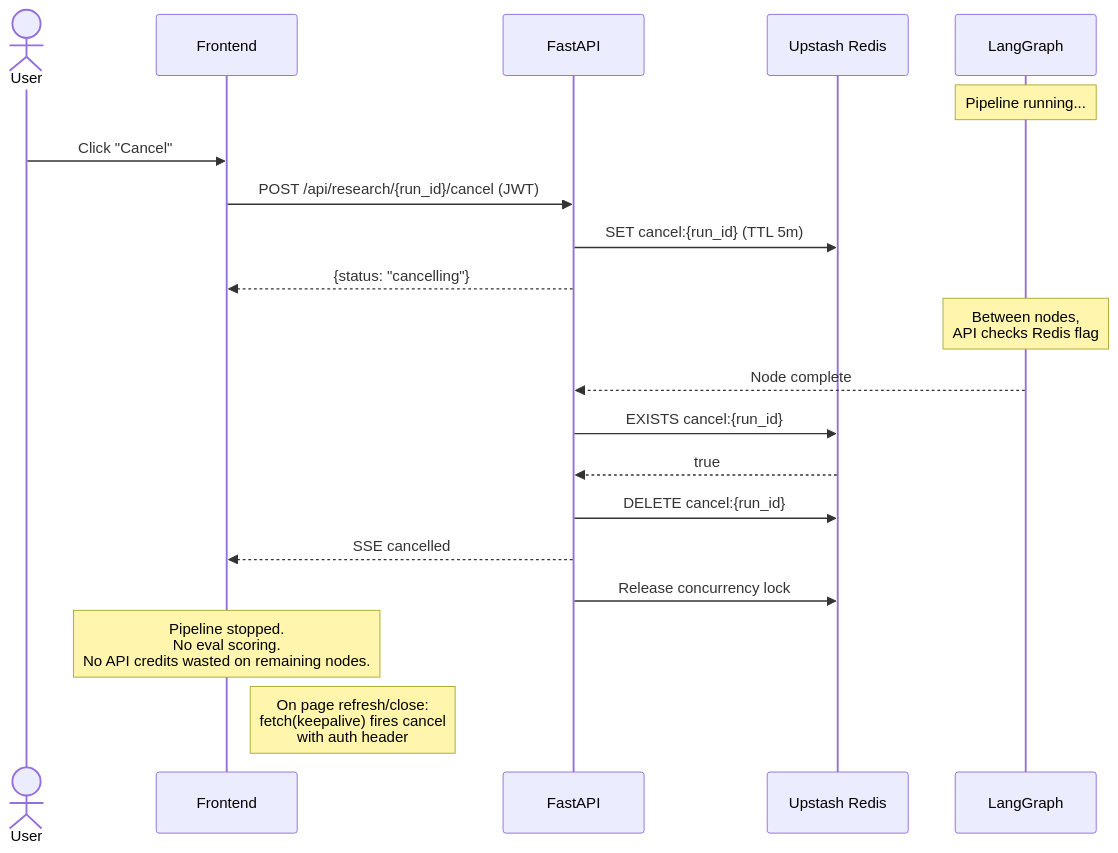
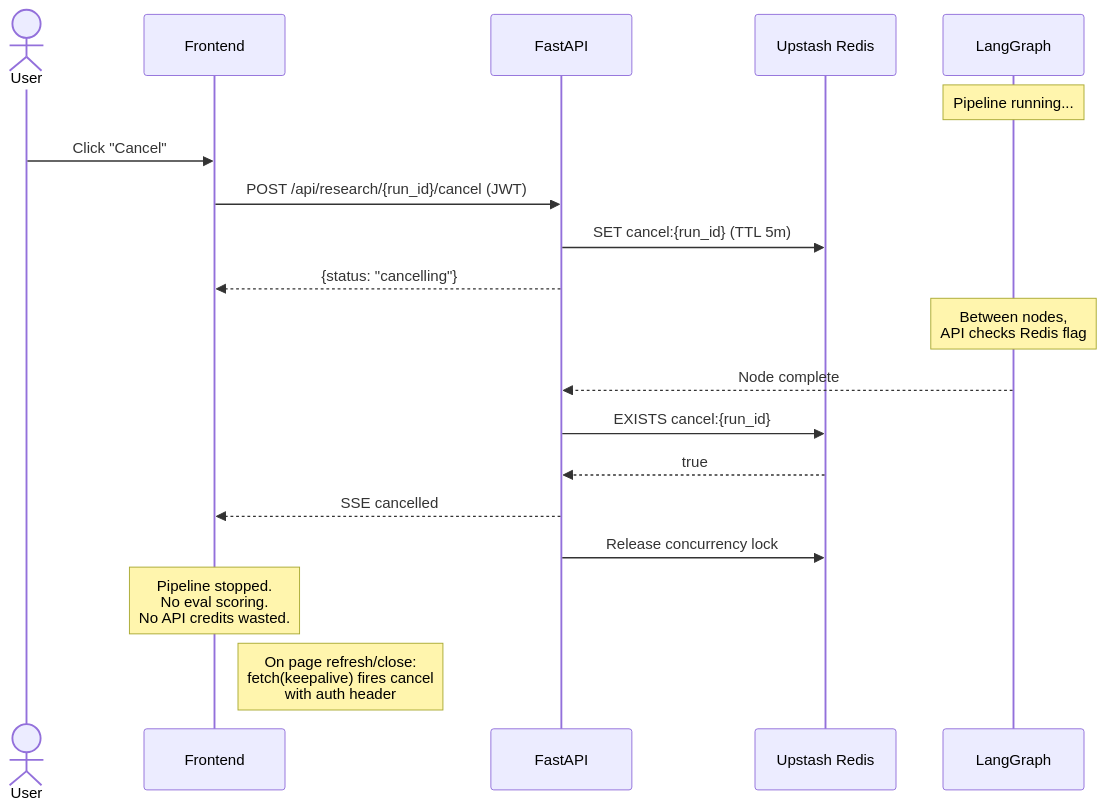
The fifth of 7 diagrams in README.md (valyndsilva/lumen), drawn with Mermaid before and after one commit. The commit also changed other lines of this file, not shown here.

````diff
--- a/README.md
+++ b/README.md
@@ -282,28 +444,27 @@
 ```mermaid
 sequenceDiagram
     actor User
     participant FE as Frontend
     participant API as FastAPI
     participant Redis as Upstash Redis
     participant Graph as LangGraph
 
     Note over Graph: Pipeline running...
 
     User->>FE: Click "Cancel"
     FE->>API: POST /api/research/{run_id}/cancel (JWT)
     API->>Redis: SET cancel:{run_id} (TTL 5m)
     API-->>FE: {status: "cancelling"}
 
     Note over Graph: Between nodes,<br/>API checks Redis flag
 
     Graph-->>API: Node complete
     API->>Redis: EXISTS cancel:{run_id}
     Redis-->>API: true
-    API->>Redis: DELETE cancel:{run_id}
     API-->>FE: SSE cancelled
     API->>Redis: Release concurrency lock
 
-    Note over FE: Pipeline stopped.<br/>No eval scoring.<br/>No API credits wasted on remaining nodes.
+    Note over FE: Pipeline stopped.<br/>No eval scoring.<br/>No API credits wasted.
 
     Note right of FE: On page refresh/close:<br/>fetch(keepalive) fires cancel<br/>with auth header
 ```
````
